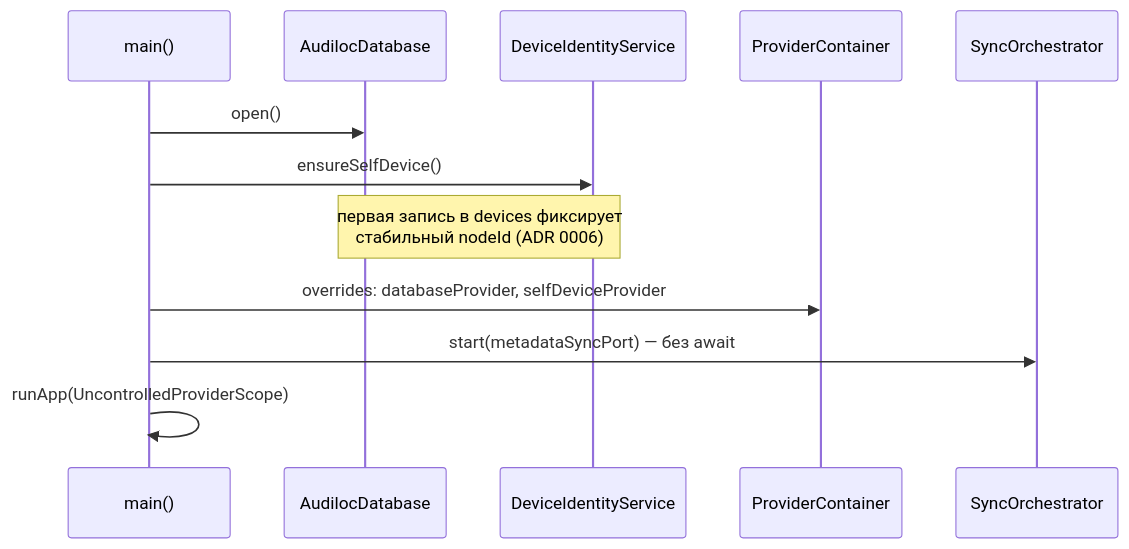
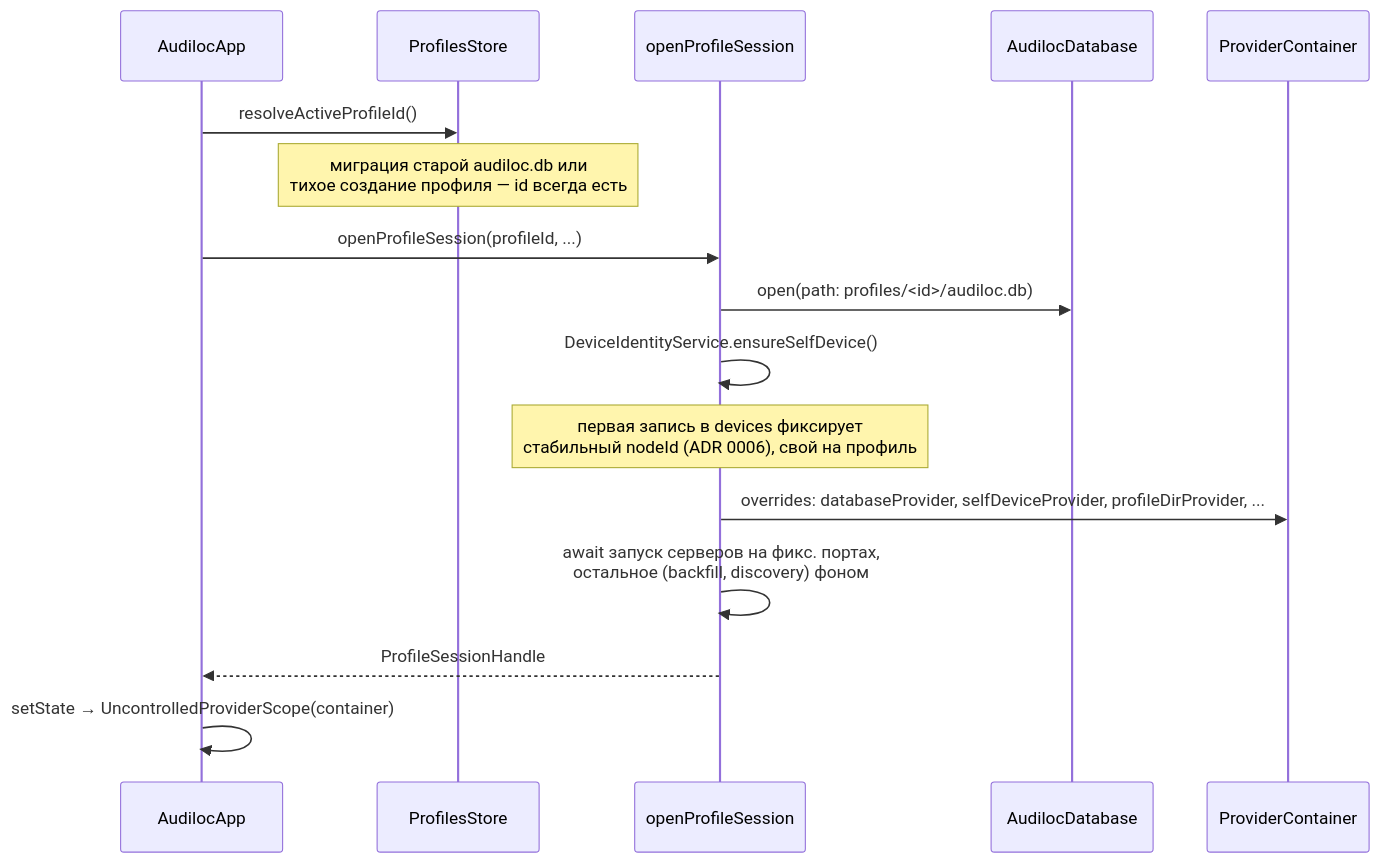
Before and after one commit to Zaigard100/audiloc: the first of 2 diagrams in docs/architecture.md, drawn with Mermaid. The commit also changed other lines of this file and 15 other files, not shown here.

````diff
--- a/docs/architecture.md
+++ b/docs/architecture.md
@@ -50,15 +59,19 @@
 ```mermaid
 sequenceDiagram
-    participant Main as main()
+    participant App as AudilocApp
+    participant Store as ProfilesStore
+    participant Session as openProfileSession
     participant DB as AudilocDatabase
-    participant Identity as DeviceIdentityService
     participant Container as ProviderContainer
-    participant Orchestrator as SyncOrchestrator
 
-    Main->>DB: open()
-    Main->>Identity: ensureSelfDevice()
-    Note over Identity,DB: первая запись в devices фиксирует<br/>стабильный nodeId (ADR 0006)
-    Main->>Container: overrides: databaseProvider, selfDeviceProvider
-    Main->>Orchestrator: start(metadataSyncPort) — без await
-    Main->>Main: runApp(UncontrolledProviderScope)
+    App->>Store: resolveActiveProfileId()
+    Note over Store: миграция старой audiloc.db или<br/>тихое создание профиля — id всегда есть
+    App->>Session: openProfileSession(profileId, ...)
+    Session->>DB: open(path: profiles/<id>/audiloc.db)
+    Session->>Session: DeviceIdentityService.ensureSelfDevice()
+    Note over Session: первая запись в devices фиксирует<br/>стабильный nodeId (ADR 0006), свой на профиль
+    Session->>Container: overrides: databaseProvider, selfDeviceProvider, profileDirProvider, ...
+    Session->>Session: await запуск серверов на фикс. портах,<br/>остальное (backfill, discovery) фоном
+    Session-->>App: ProfileSessionHandle
+    App->>App: setState → UncontrolledProviderScope(container)
 ```
````
